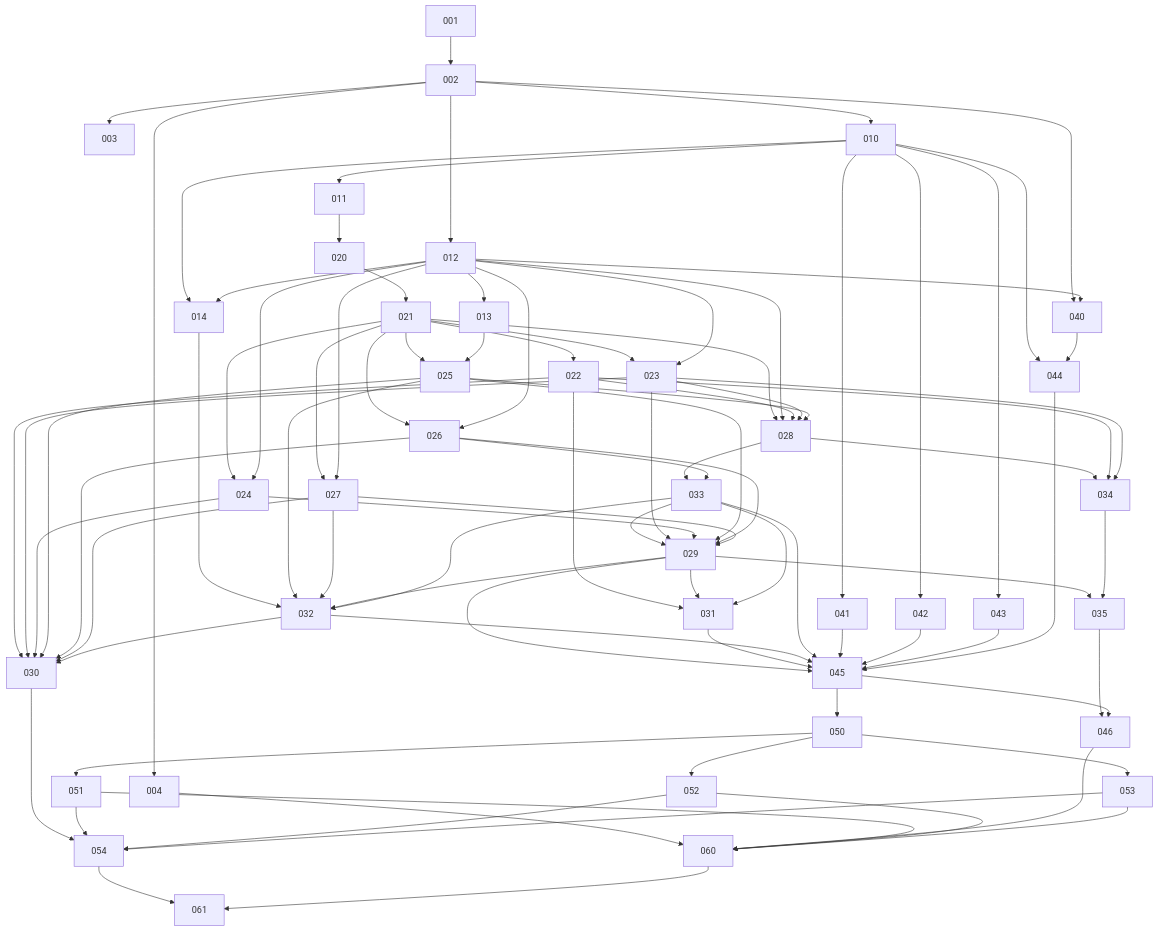
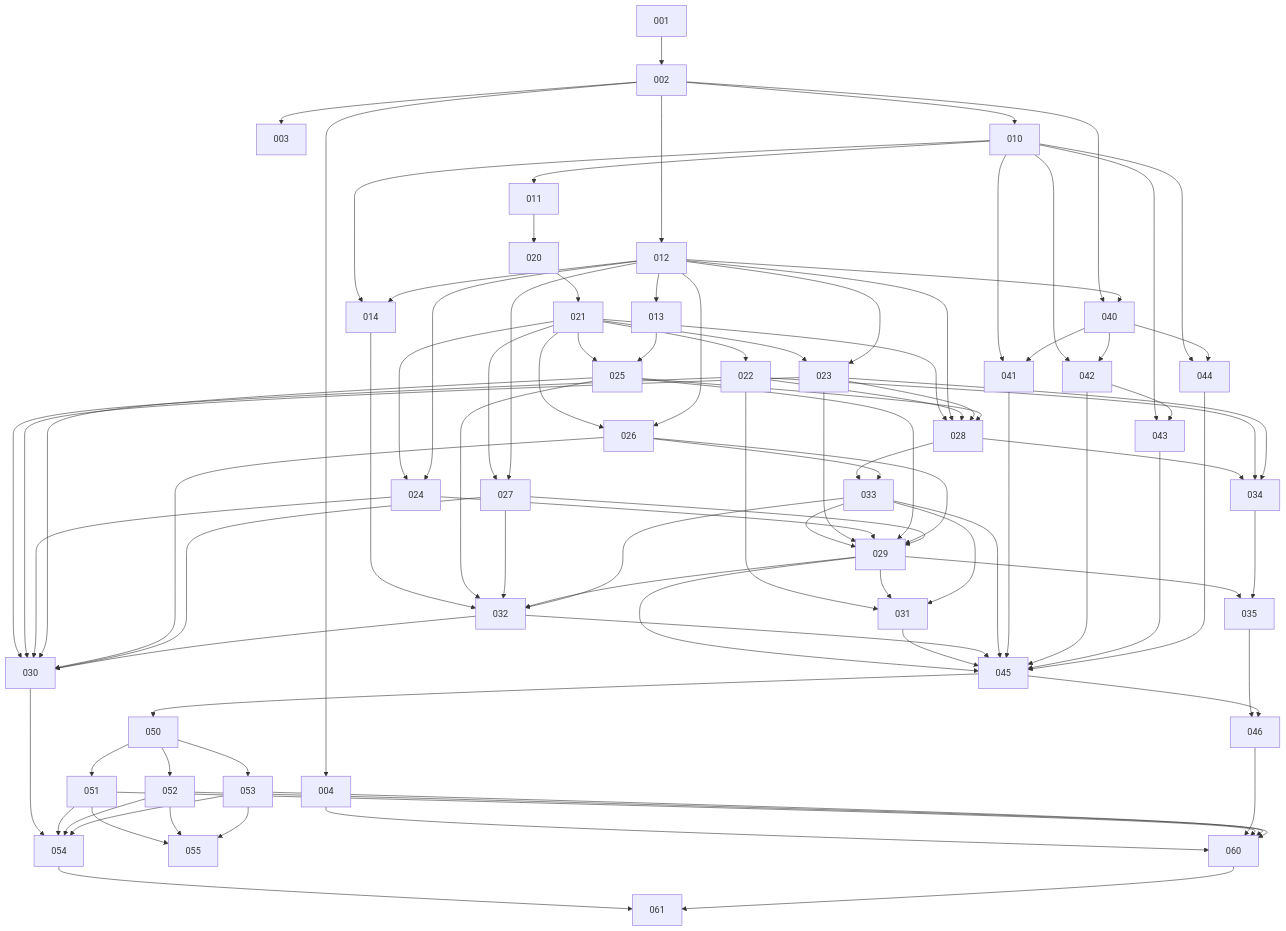
The diagram in docs/tarefas/fase-1/README.md (Alancfops/alanwind), drawn with Mermaid before and after one commit. The commit also changed other lines of this file and 14 other files, not shown here.

```diff
--- a/docs/tarefas/fase-1/README.md
+++ b/docs/tarefas/fase-1/README.md
@@ -197,8 +211,11 @@
   032 --> 030
 
   010 --> 041
+  040 --> 041
   010 --> 042
+  040 --> 042
   010 --> 043
+  042 --> 043
   010 --> 044
   040 --> 044
 
@@ -224,6 +241,10 @@
   052 --> 054
   053 --> 054
 
+  051 --> 055
+  052 --> 055
+  053 --> 055
+
   004 --> 060
   046 --> 060
   051 --> 060
```
